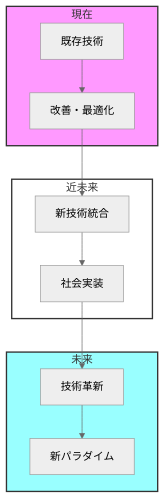
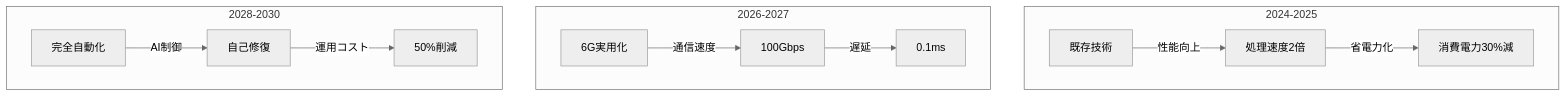
Diagram 22 of 22 in デジタル通信/readme.md (uecken/docs), drawn with Mermaid (neutral theme) before and after one commit. The commit also changed other lines of this file, not shown here.

````diff
--- a/デジタル通信/readme.md
+++ b/デジタル通信/readme.md
@@ -1097,20 +757,17 @@
 ```mermaid
 graph TD
-    subgraph 現在
-    A[既存技術] --> B[改善・最適化]
+    subgraph 2024-2025
+    A[既存技術] -->|性能向上| B[処理速度2倍]
+    B -->|省電力化| C[消費電力30%減]
     end
     
-    subgraph 近未来
-    B --> C[新技術統合]
-    C --> D[社会実装]
+    subgraph 2026-2027
+    D[6G実用化] -->|通信速度| E[100Gbps]
+    E -->|遅延| F[0.1ms]
     end
     
-    subgraph 未来
-    D --> E[技術革新]
-    E --> F[新パラダイム]
+    subgraph 2028-2030
+    G[完全自動化] -->|AI制御| H[自己修復]
+    H -->|運用コスト| I[50%削減]
     end
-    
-    style 現在 fill:#f9f,stroke:#333,stroke-width:2px
-    style 近未来 fill:#fff,stroke:#333,stroke-width:2px
-    style 未来 fill:#9ff,stroke:#333,stroke-width:2px
 ```
````
